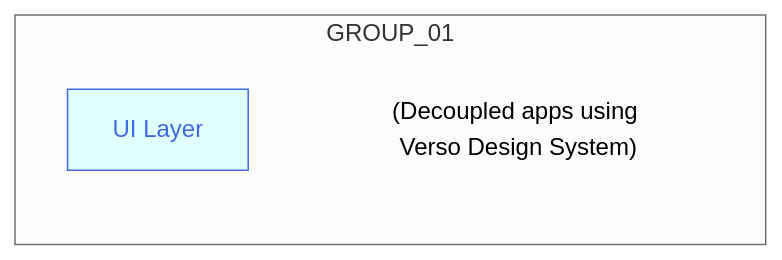
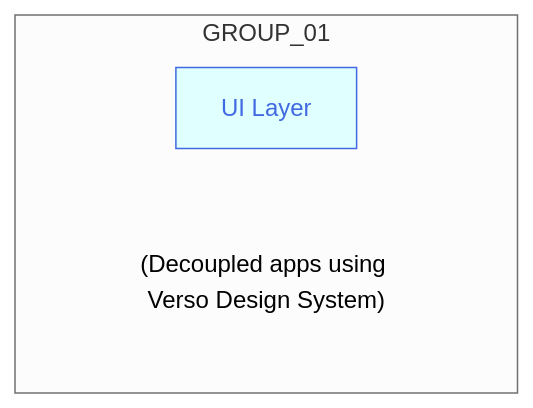
One commit to joe-dorward/samples changed the diagram in buttons_mermaid_v5.md. Above: the diagram before and after it, drawn with Mermaid (neutral theme).

````diff
--- a/buttons_mermaid_v5.md
+++ b/buttons_mermaid_v5.md
@@ -3,17 +3,17 @@
 ```mermaid
 
   flowchart TD
 
   classDef Button fill:lightcyan, stroke:royalblue, color:royalblue;
   classDef Note fill:transparent, stroke-width:0px
   %% ---------- ---------- ---------- ---------- ---------- ---------- ---------- ---------- ---------- ----------
   subgraph GROUP_01
-    direction TD
+    direction LR
 
     BUTTON_01["UI Layer"]:::Button
     click BUTTON_01 "https://en.wikipedia.org/wiki/Main_Page" _blank
     BUTTON_01_NOTE["(Decoupled apps using Verso Design System)"]:::Note
 
   end
 
 ```
````
